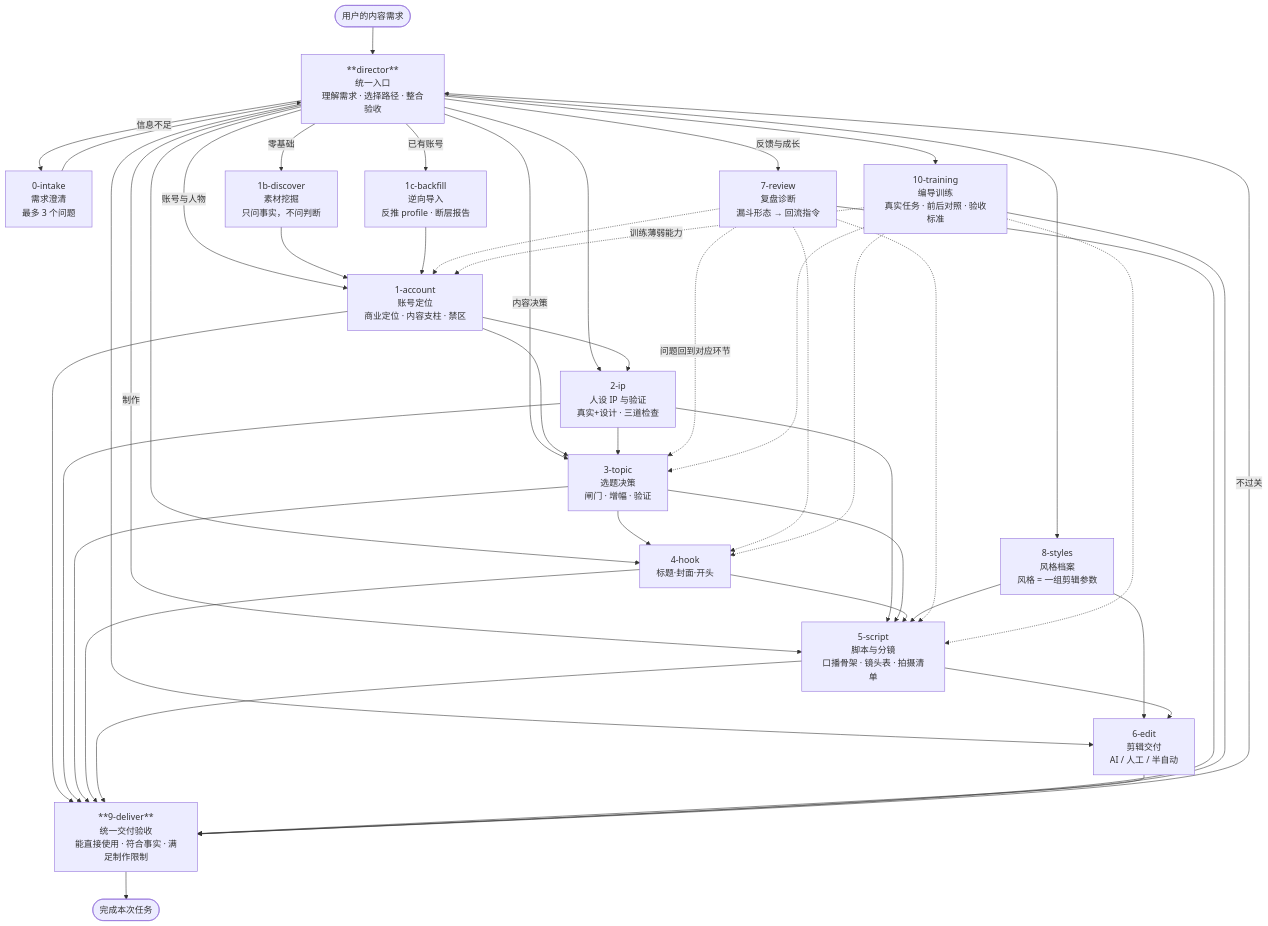
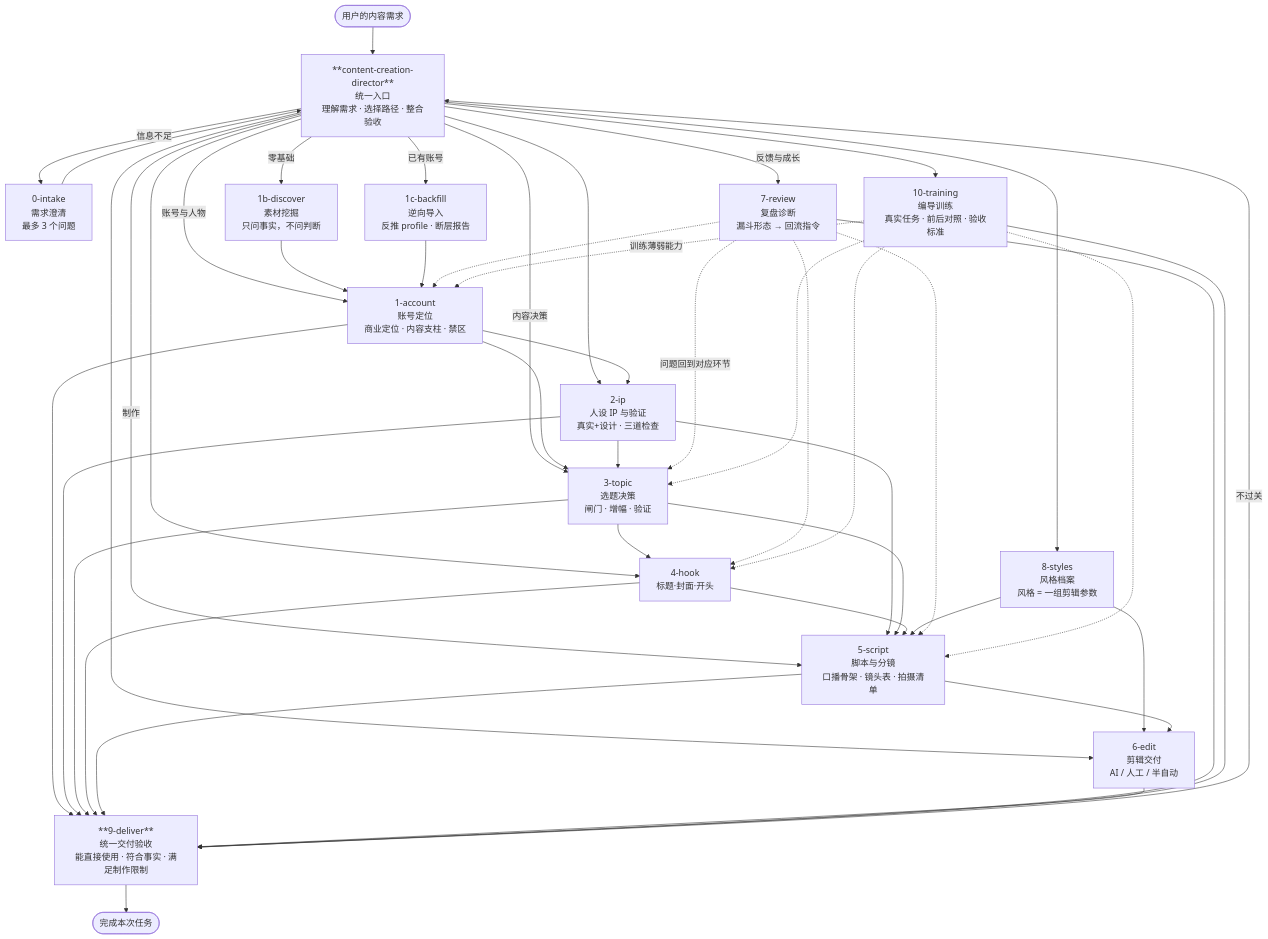
One commit to maxtongwang/content-creation-director changed the diagram in docs/architecture.md. Above: the diagram before and after it, drawn with Mermaid. The commit also changed 8 other files, not shown here.

First line of the commit message:
refactor: 项目更名为 content-creation-director，重写 README

````diff
--- a/docs/architecture.md
+++ b/docs/architecture.md
@@ -8,55 +8,55 @@
 ```mermaid
 flowchart TB
-    U([用户的内容需求]) --> M["**director**<br/>统一入口<br/>理解需求 · 选择路径 · 整合验收"]
+    U([用户的内容需求]) --> M["**content-creation-director**<br/>统一入口<br/>理解需求 · 选择路径 · 整合验收"]
 
     M -- 信息不足 --> I["0-intake<br/>需求澄清<br/>最多 3 个问题"]
     I --> M
 
     M -- 账号与人物 --> A["1-account<br/>账号定位<br/>商业定位 · 内容支柱 · 禁区"]
     M -- 零基础 --> D["1b-discover<br/>素材挖掘<br/>只问事实，不问判断"]
     M -- 已有账号 --> B["1c-backfill<br/>逆向导入<br/>反推 profile · 断层报告"]
     M --> P["2-ip<br/>人设 IP 与验证<br/>真实+设计 · 三道检查"]
     M --> Y["8-styles<br/>风格档案<br/>风格 = 一组剪辑参数"]
 
     M -- 内容决策 --> T["3-topic<br/>选题决策<br/>闸门 · 增幅 · 验证"]
     M --> H["4-hook<br/>标题·封面·开头"]
 
     M -- 制作 --> S["5-script<br/>脚本与分镜<br/>口播骨架 · 镜头表 · 拍摄清单"]
     M --> E["6-edit<br/>剪辑交付<br/>AI / 人工 / 半自动"]
 
     M -- 反馈与成长 --> V["7-review<br/>复盘诊断<br/>漏斗形态 → 回流指令"]
     M --> C["10-training<br/>编导训练<br/>真实任务 · 前后对照 · 验收标准"]
 
     D --> A
     B --> A
     A --> P
     A --> T
     P --> T
     P --> S
     T --> H
     T --> S
     H --> S
     Y --> S
     Y --> E
     S --> E
 
     V -. 问题回到对应环节 .-> T
     V -.-> H
     V -.-> S
     V -.-> A
     C -. 训练薄弱能力 .-> A
     C -.-> T
     C -.-> H
     C -.-> S
 
     A --> O["**9-deliver**<br/>统一交付验收<br/>能直接使用 · 符合事实 · 满足制作限制"]
     P --> O
     T --> O
     H --> O
     S --> O
     E --> O
     V --> O
     C --> O
     O -- 不过关 --> M
     O --> Z([完成本次任务])
 ```
````
